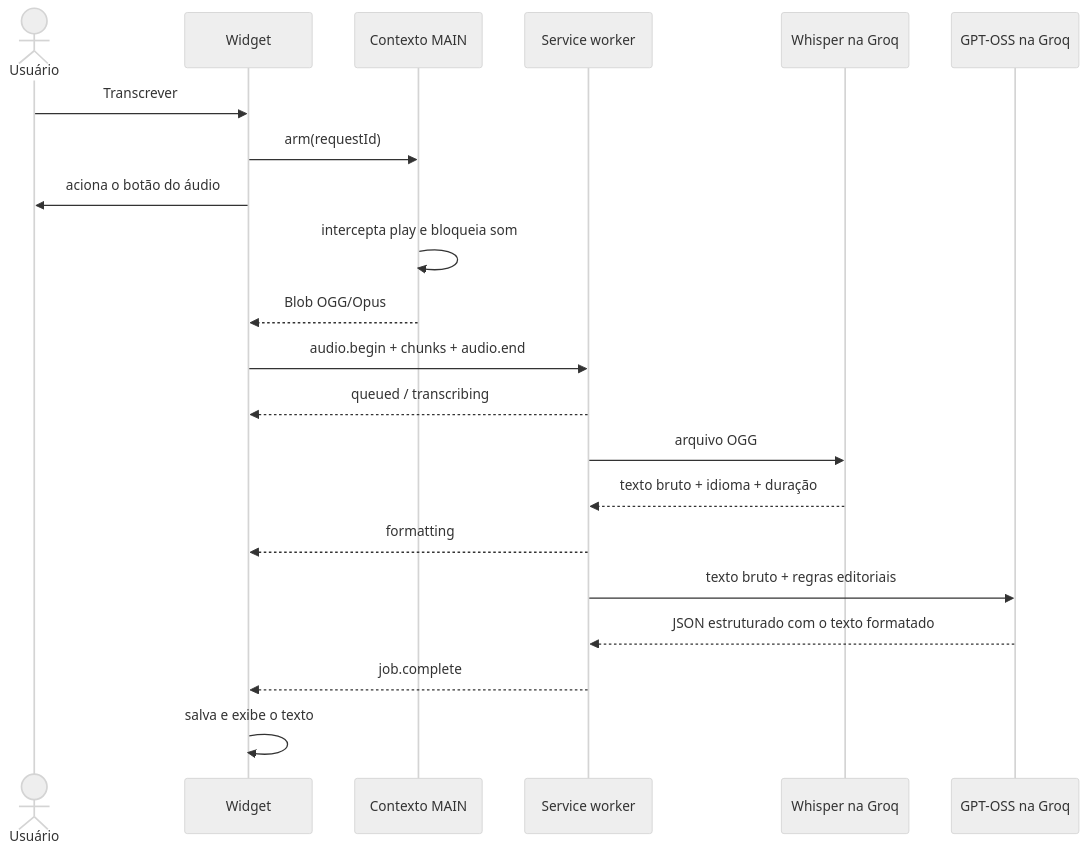
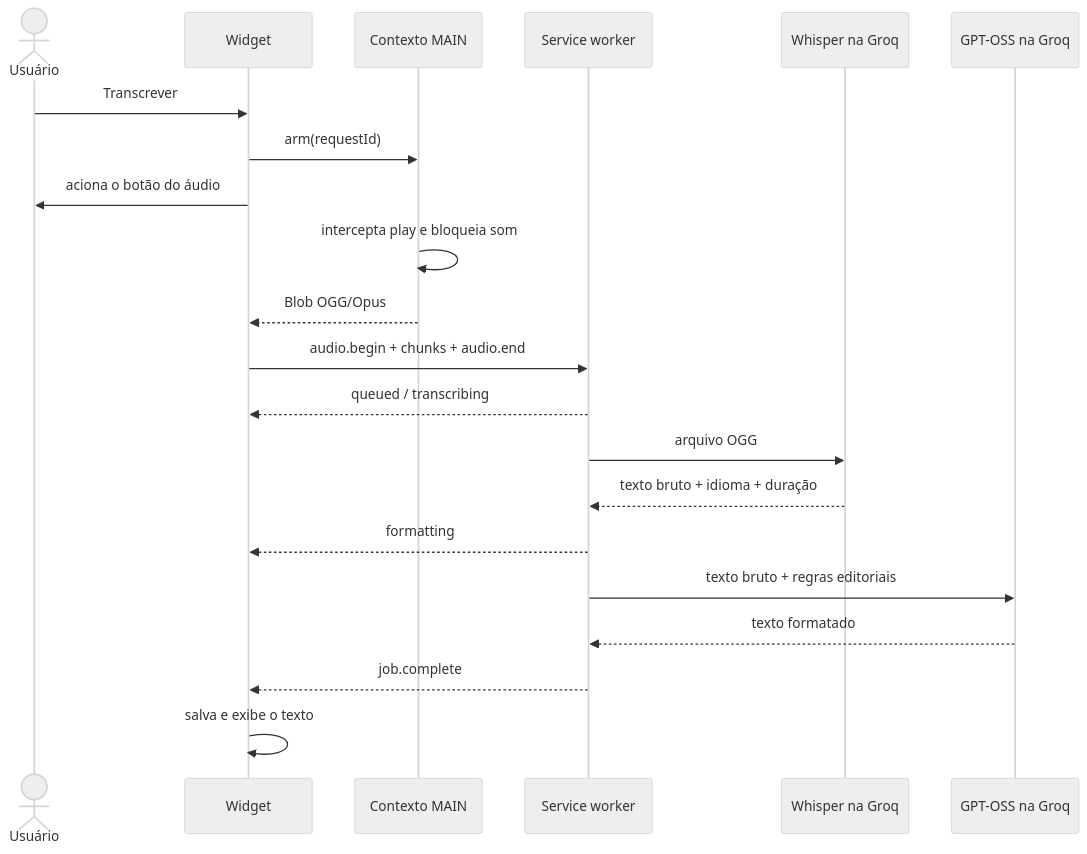
Before and after one commit to gabrielMalonso/whatsapp-audio-transcriber: the diagram in docs/architecture.md, drawn with Mermaid (neutral theme). The commit also changed other lines of this file and 13 other files, not shown here.

````diff
--- a/docs/architecture.md
+++ b/docs/architecture.md
@@ -16,24 +16,24 @@
 ```mermaid
 sequenceDiagram
     actor U as Usuário
     participant UI as Widget
     participant P as Contexto MAIN
     participant B as Service worker
     participant W as Whisper na Groq
     participant G as GPT-OSS na Groq
 
     U->>UI: Transcrever
     UI->>P: arm(requestId)
     UI->>U: aciona o botão do áudio
     P->>P: intercepta play e bloqueia som
     P-->>UI: Blob OGG/Opus
     UI->>B: audio.begin + chunks + audio.end
     B-->>UI: queued / transcribing
     B->>W: arquivo OGG
     W-->>B: texto bruto + idioma + duração
     B-->>UI: formatting
     B->>G: texto bruto + regras editoriais
-    G-->>B: JSON estruturado com o texto formatado
+    G-->>B: texto formatado
     B-->>UI: job.complete
     UI->>UI: salva e exibe o texto
 ```
````
